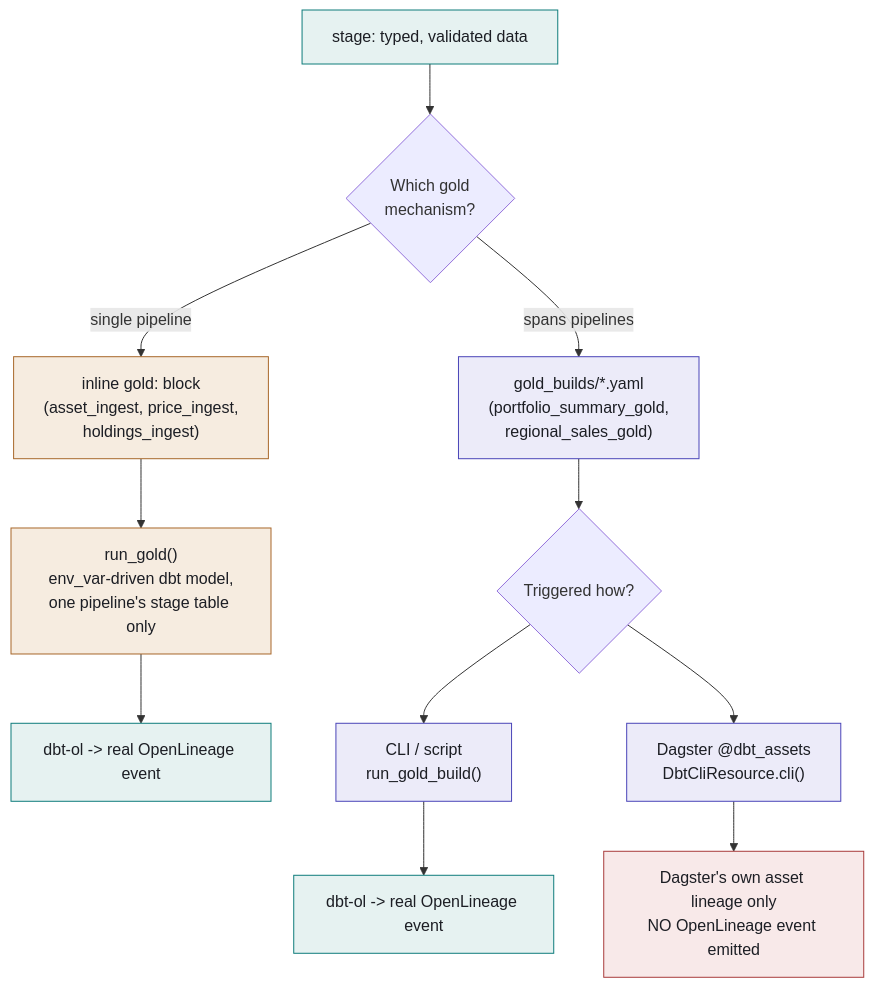
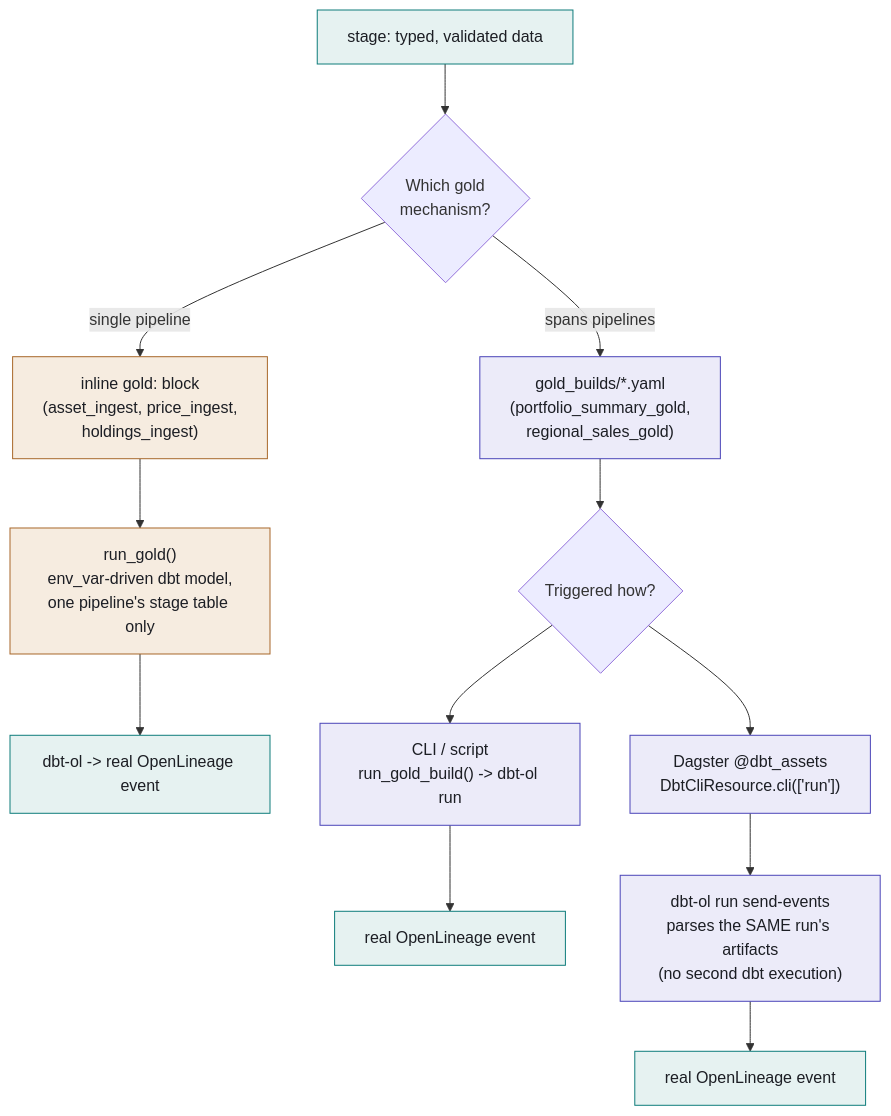
Before and after one commit to VishalAchalpadi/DAIS: the second of 2 diagrams in docs/dagster-vs-legacy-architecture.md, drawn with Mermaid. The commit also changed other lines of this file and 2 other files, not shown here.

First line of the commit message:
Unify OpenLineage emission between the CLI and Dagster gold-build paths

````diff
--- a/docs/dagster-vs-legacy-architecture.md
+++ b/docs/dagster-vs-legacy-architecture.md
@@ -57,32 +60,34 @@
 ```mermaid
 flowchart TB
     STAGE["stage: typed, validated data"]
     CHOICE{"Which gold\nmechanism?"}
 
     INLINE["inline gold: block\n(asset_ingest, price_ingest,\nholdings_ingest)"]
     RUNGOLD["run_gold()\nenv_var-driven dbt model,\none pipeline's stage table only"]
     OL1["dbt-ol -> real OpenLineage event"]
 
     BUILDS["gold_builds/*.yaml\n(portfolio_summary_gold,\nregional_sales_gold)"]
     HOW{"Triggered how?"}
-    CLIRUN["CLI / script\nrun_gold_build()"]
-    OL2["dbt-ol -> real OpenLineage event"]
-    DAGRUN["Dagster @dbt_assets\nDbtCliResource.cli()"]
-    NOOL["Dagster's own asset lineage only\nNO OpenLineage event emitted"]
+    CLIRUN["CLI / script\nrun_gold_build() -> dbt-ol run"]
+    OL2["real OpenLineage event"]
+    DAGRUN["Dagster @dbt_assets\nDbtCliResource.cli(['run'])"]
+    SENDEVENTS["dbt-ol run send-events\nparses the SAME run's artifacts\n(no second dbt execution)"]
+    OL3["real OpenLineage event"]
 
     STAGE --> CHOICE
     CHOICE -->|"single pipeline"| INLINE --> RUNGOLD --> OL1
     CHOICE -->|"spans pipelines"| BUILDS --> HOW
     HOW --> CLIRUN --> OL2
-    HOW --> DAGRUN --> NOOL
+    HOW --> DAGRUN --> SENDEVENTS --> OL3
 
     style STAGE fill:#e6f2f1,stroke:#0e7c7b,color:#1c1e24
     style INLINE fill:#f6ece0,stroke:#a8672a,color:#1c1e24
     style RUNGOLD fill:#f6ece0,stroke:#a8672a,color:#1c1e24
     style OL1 fill:#e6f2f1,stroke:#0e7c7b,color:#1c1e24
     style BUILDS fill:#ecebf9,stroke:#4a44b8,color:#1c1e24
     style CLIRUN fill:#ecebf9,stroke:#4a44b8,color:#1c1e24
     style OL2 fill:#e6f2f1,stroke:#0e7c7b,color:#1c1e24
     style DAGRUN fill:#ecebf9,stroke:#4a44b8,color:#1c1e24
-    style NOOL fill:#f8e9e9,stroke:#a83b3b,color:#1c1e24
+    style SENDEVENTS fill:#ecebf9,stroke:#4a44b8,color:#1c1e24
+    style OL3 fill:#e6f2f1,stroke:#0e7c7b,color:#1c1e24
 ```
````
